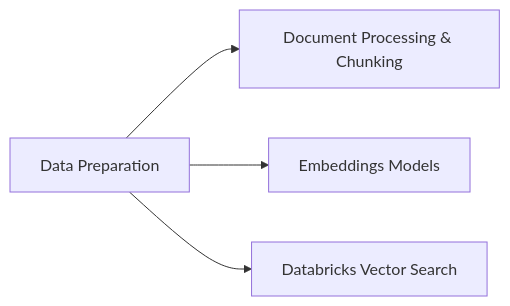
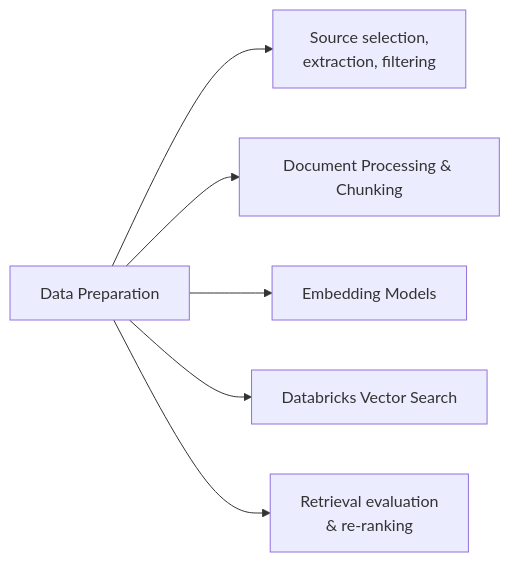
The diagram in certifications/genai-engineer-associate/04-data-preparation/README.md (kengio/databricks-certification-study-guide), drawn with Mermaid before and after one commit. The commit also changed other lines of this file and 52 other files, not shown here.

````diff
--- a/certifications/genai-engineer-associate/04-data-preparation/README.md
+++ b/certifications/genai-engineer-associate/04-data-preparation/README.md
@@ -18,6 +18,8 @@
 ```mermaid
 flowchart LR
-    DP[Data Preparation] --> Chunk[Document Processing & Chunking]
-    DP --> Emb[Embeddings Models]
+    DP[Data Preparation] --> SRC[Source selection,<br/>extraction, filtering]
+    DP --> Chunk[Document Processing & Chunking]
+    DP --> Emb[Embedding Models]
     DP --> VS[Databricks Vector Search]
+    DP --> EV[Retrieval evaluation<br/>& re-ranking]
 ```
````
